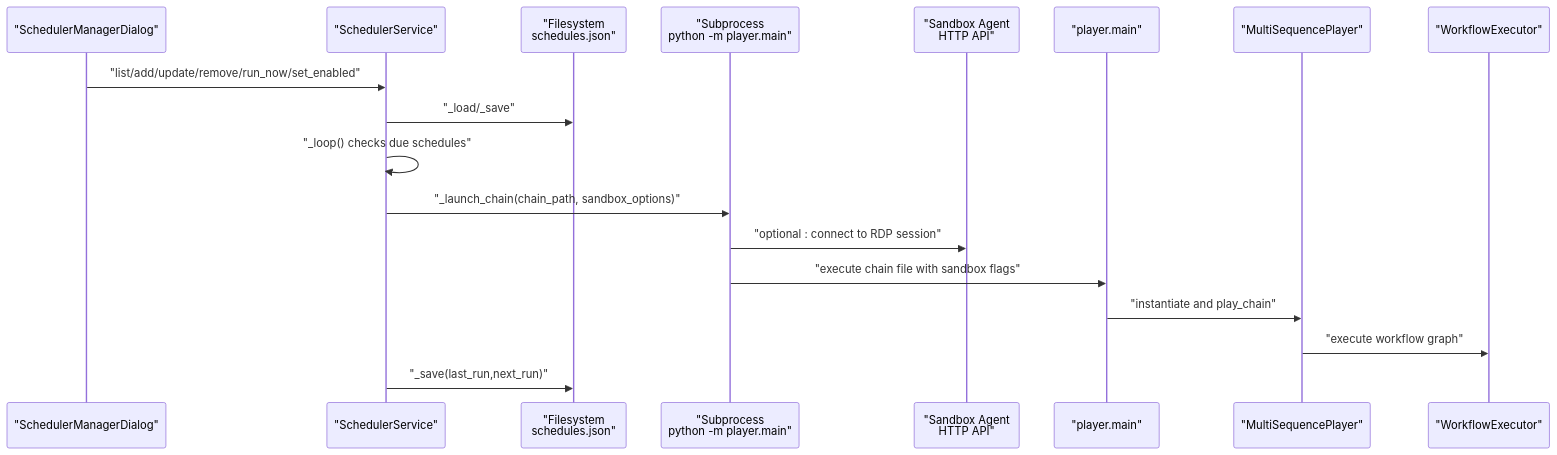
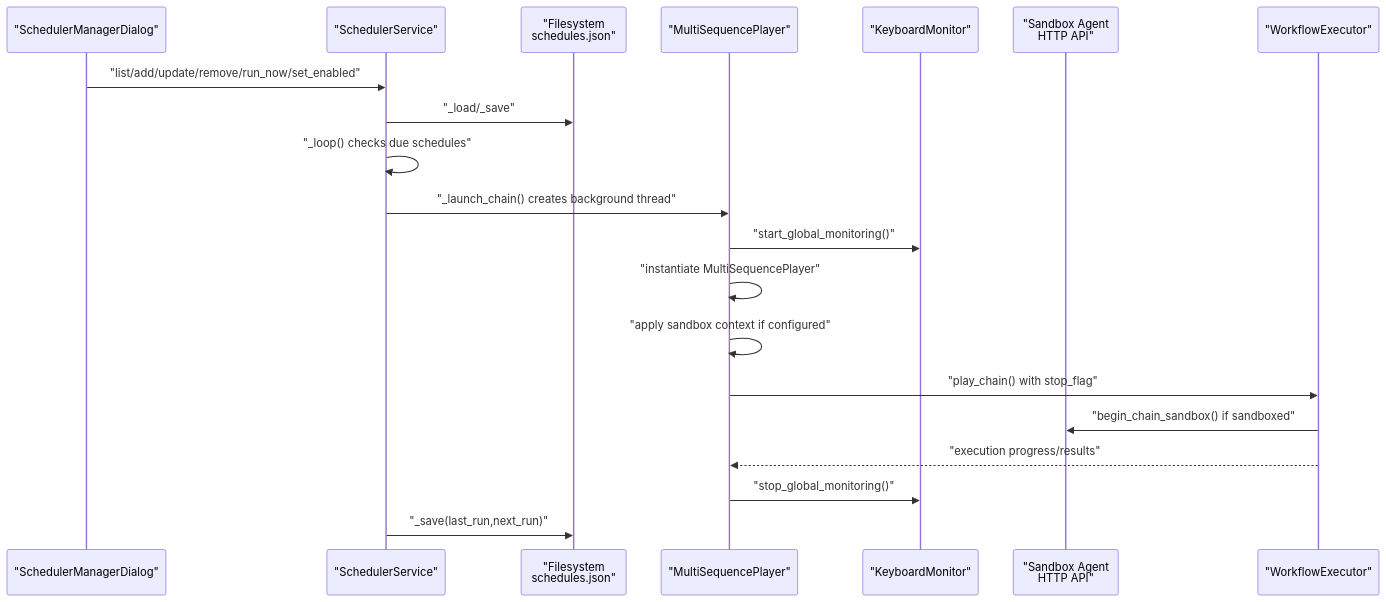
Before and after one commit to RodrigoBenitez343/Arrow: the second of 5 diagrams in .qoder/repowiki/en/content/Scheduler Service.md, drawn with Mermaid. The commit also changed other lines of this file and 53 other files, not shown here.

````diff
--- a/.qoder/repowiki/en/content/Scheduler Service.md
+++ b/.qoder/repowiki/en/content/Scheduler Service.md
@@ -115,20 +114,22 @@
 ```mermaid
 sequenceDiagram
 participant UI as "SchedulerManagerDialog"
 participant SVC as "SchedulerService"
 participant FS as "Filesystem<br/>schedules.json"
-participant SUB as "Subprocess<br/>python -m player.main"
+participant PL as "MultiSequencePlayer"
+participant KBMON as "KeyboardMonitor"
 participant SANDBOX as "Sandbox Agent<br/>HTTP API"
-participant PL as "player.main"
-participant MSP as "MultiSequencePlayer"
 participant WEX as "WorkflowExecutor"
 UI->>SVC : "list/add/update/remove/run_now/set_enabled"
 SVC->>FS : "_load/_save"
 SVC->>SVC : "_loop() checks due schedules"
-SVC->>SUB : "_launch_chain(chain_path, sandbox_options)"
-SUB->>SANDBOX : "optional : connect to RDP session"
-SUB->>PL : "execute chain file with sandbox flags"
-PL->>MSP : "instantiate and play_chain"
-MSP->>WEX : "execute workflow graph"
+SVC->>PL : "_launch_chain() creates background thread"
+PL->>KBMON : "start_global_monitoring()"
+PL->>PL : "instantiate MultiSequencePlayer"
+PL->>PL : "apply sandbox context if configured"
+PL->>WEX : "play_chain() with stop_flag"
+WEX->>SANDBOX : "begin_chain_sandbox() if sandboxed"
+WEX-->>PL : "execution progress/results"
+PL->>KBMON : "stop_global_monitoring()"
 SVC->>FS : "_save(last_run,next_run)"
 ```
````
